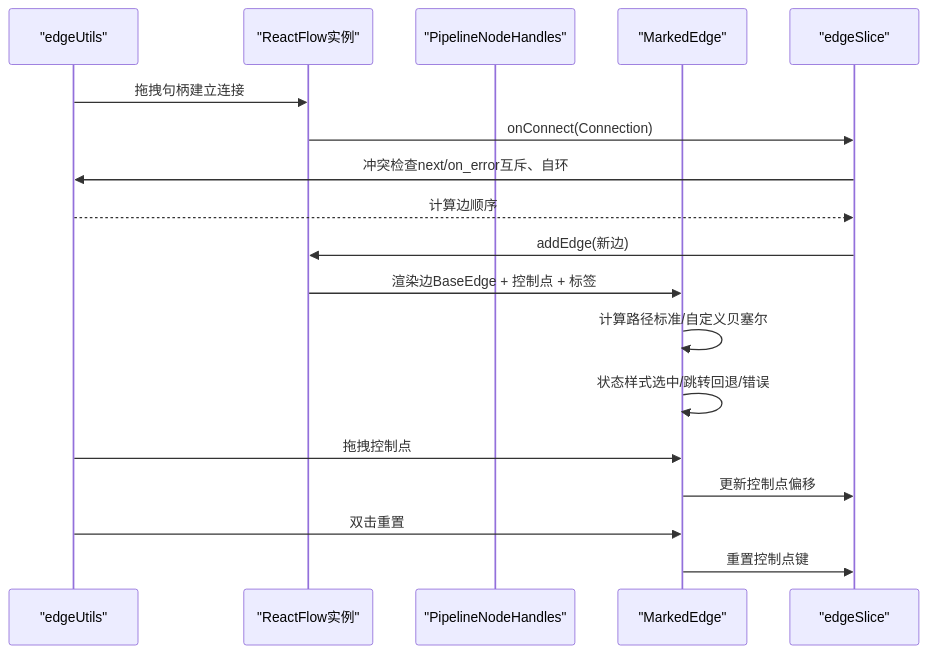
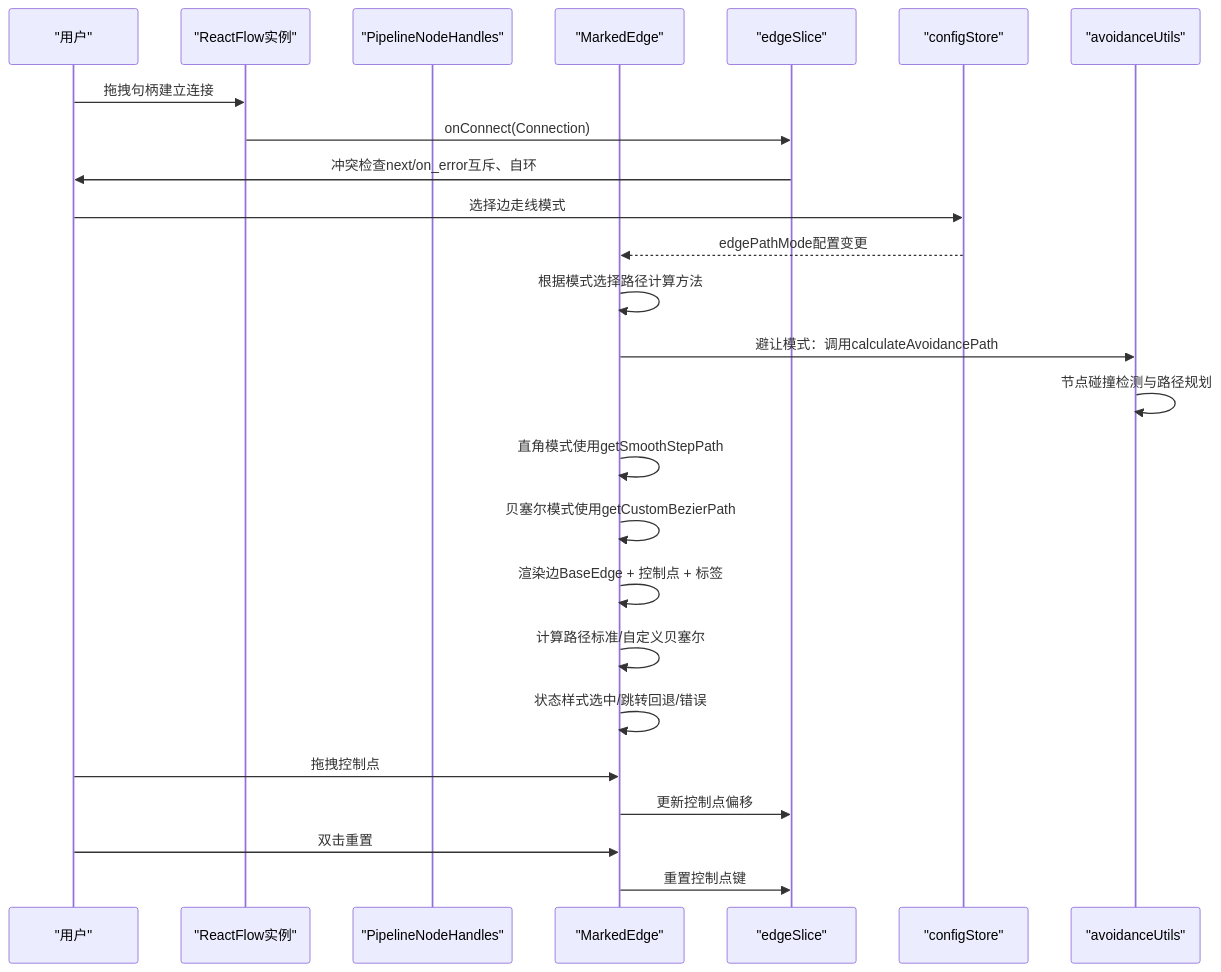
The second of 6 diagrams in .qoder/repowiki/zh/content/工作流编辑器/连接系统.md (kqcoxn/MaaPipelineEditor), drawn with Mermaid before and after one commit. The commit also changed other lines of this file and 51 other files, not shown here.

````diff
--- a/.qoder/repowiki/zh/content/工作流编辑器/连接系统.md
+++ b/.qoder/repowiki/zh/content/工作流编辑器/连接系统.md
@@ -118,21 +148,27 @@
 ```mermaid
 sequenceDiagram
 participant U as "用户"
 participant RF as "ReactFlow实例"
 participant H as "PipelineNodeHandles"
 participant E as "MarkedEdge"
 participant S as "edgeSlice"
-participant U as "edgeUtils"
+participant C as "configStore"
+participant A as "avoidanceUtils"
 U->>RF : 拖拽句柄建立连接
 RF->>S : onConnect(Connection)
 S->>U : 冲突检查next/on_error互斥、自环
-U-->>S : 计算边顺序
-S->>RF : addEdge(新边)
-RF->>E : 渲染边BaseEdge + 控制点 + 标签
+U->>C : 选择边走线模式
+C-->>E : edgePathMode配置变更
+E->>E : 根据模式选择路径计算方法
+E->>A : 避让模式：调用calculateAvoidancePath
+A->>A : 节点碰撞检测与路径规划
+E->>E : 直角模式使用getSmoothStepPath
+E->>E : 贝塞尔模式使用getCustomBezierPath
+E->>E : 渲染边BaseEdge + 控制点 + 标签
 E->>E : 计算路径标准/自定义贝塞尔
 E->>E : 状态样式选中/跳转回退/错误
 U->>E : 拖拽控制点
 E->>S : 更新控制点偏移
 U->>E : 双击重置
 E->>S : 重置控制点键
 ```
````
